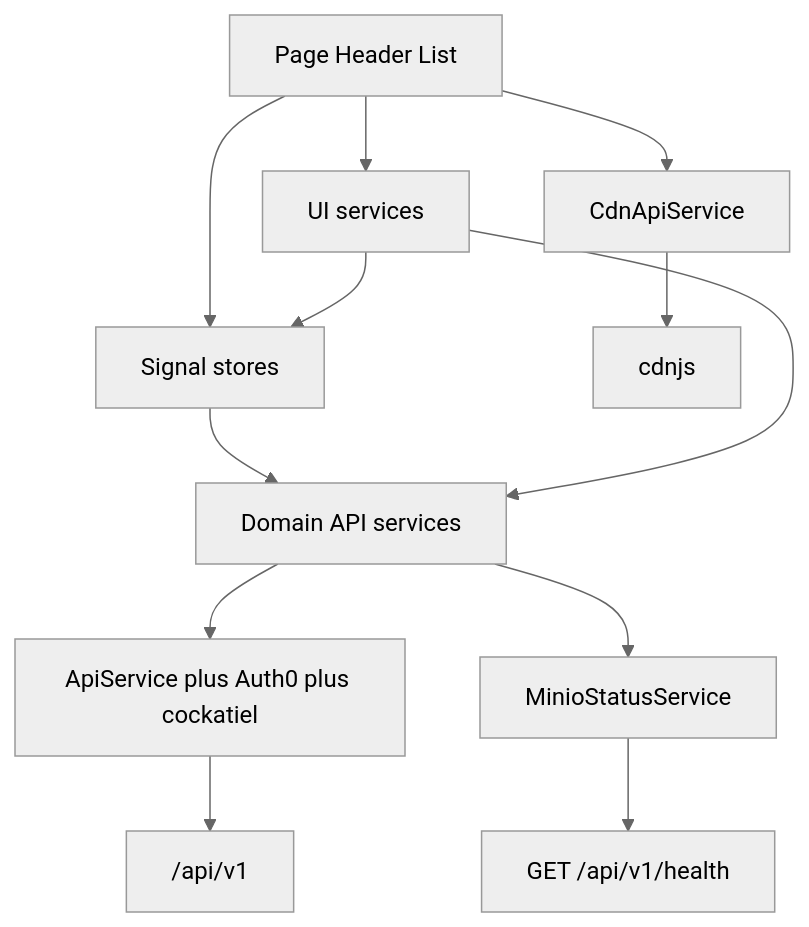
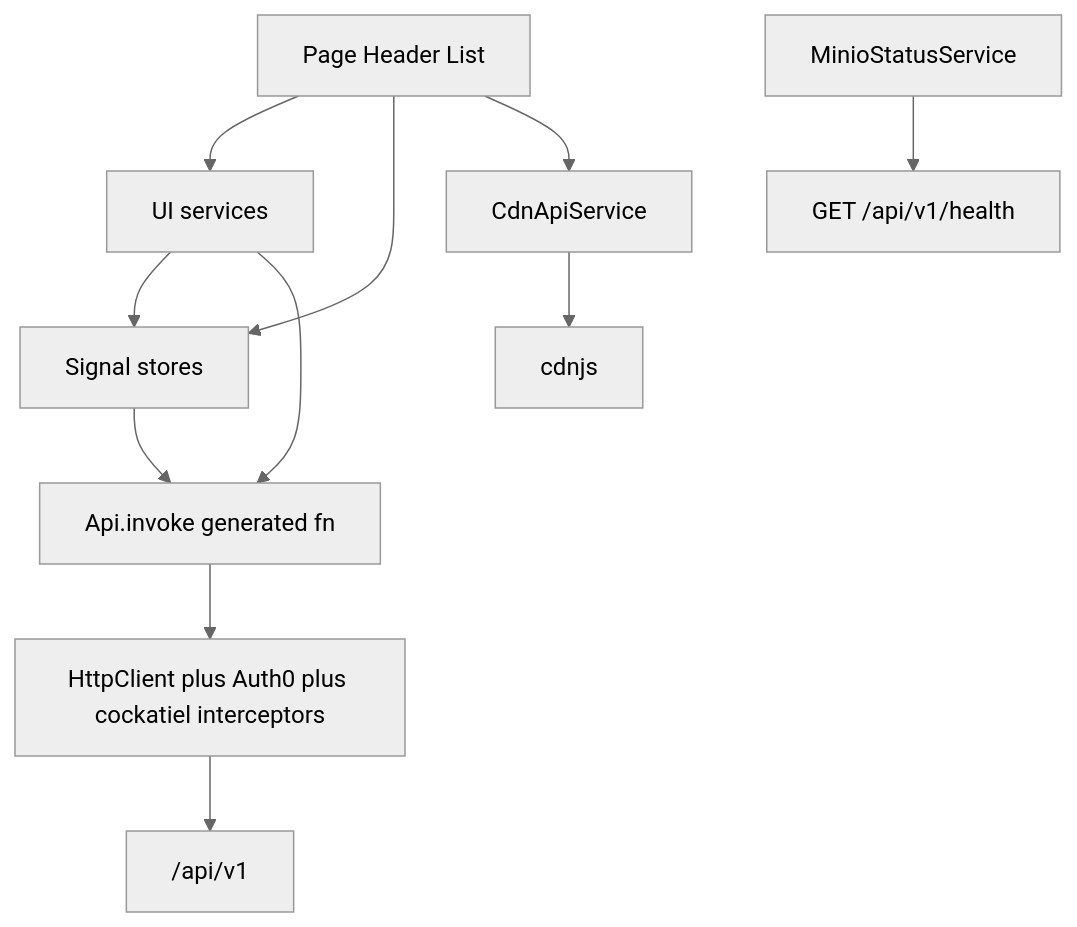
The diagram in documentation/frontend.md (slurrps-mcgee/Snippy), drawn with Mermaid (neutral theme) before and after one commit. The commit also changed other lines of this file and 199 other files, not shown here.

````diff
--- a/documentation/frontend.md
+++ b/documentation/frontend.md
@@ -61,25 +61,24 @@
 ```mermaid
 flowchart TD
   Page[Page Header List]
   UI[UI services]
   Store[Signal stores]
-  ApiSvc[Domain API services]
-  Http[ApiService plus Auth0 plus cockatiel]
+  Gen[Api.invoke generated fn]
+  Http[HttpClient plus Auth0 plus cockatiel interceptors]
   Backend["/api/v1"]
   Cdn[CdnApiService]
   Cdnjs[cdnjs]
   Minio[MinioStatusService]
   Health["GET /api/v1/health"]
 
   Page --> UI
   Page --> Store
   UI --> Store
-  Store --> ApiSvc
-  UI --> ApiSvc
-  ApiSvc --> Http
+  Store --> Gen
+  UI --> Gen
+  Gen --> Http
   Http --> Backend
   Page --> Cdn
   Cdn --> Cdnjs
   Minio --> Health
-  ApiSvc --> Minio
 ```
````
